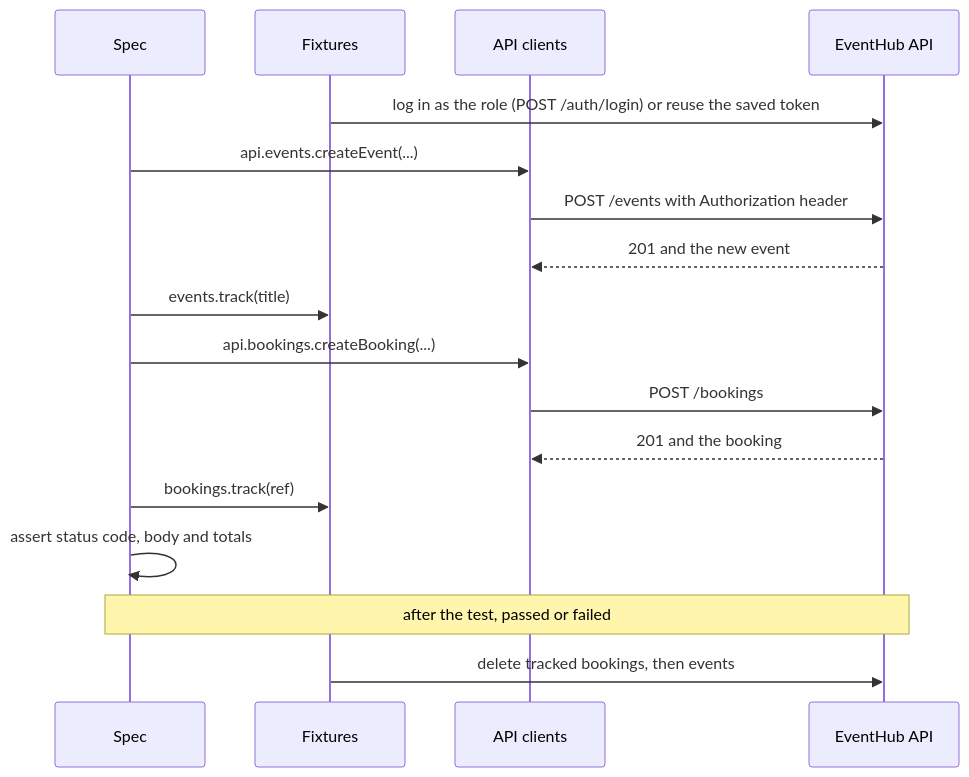
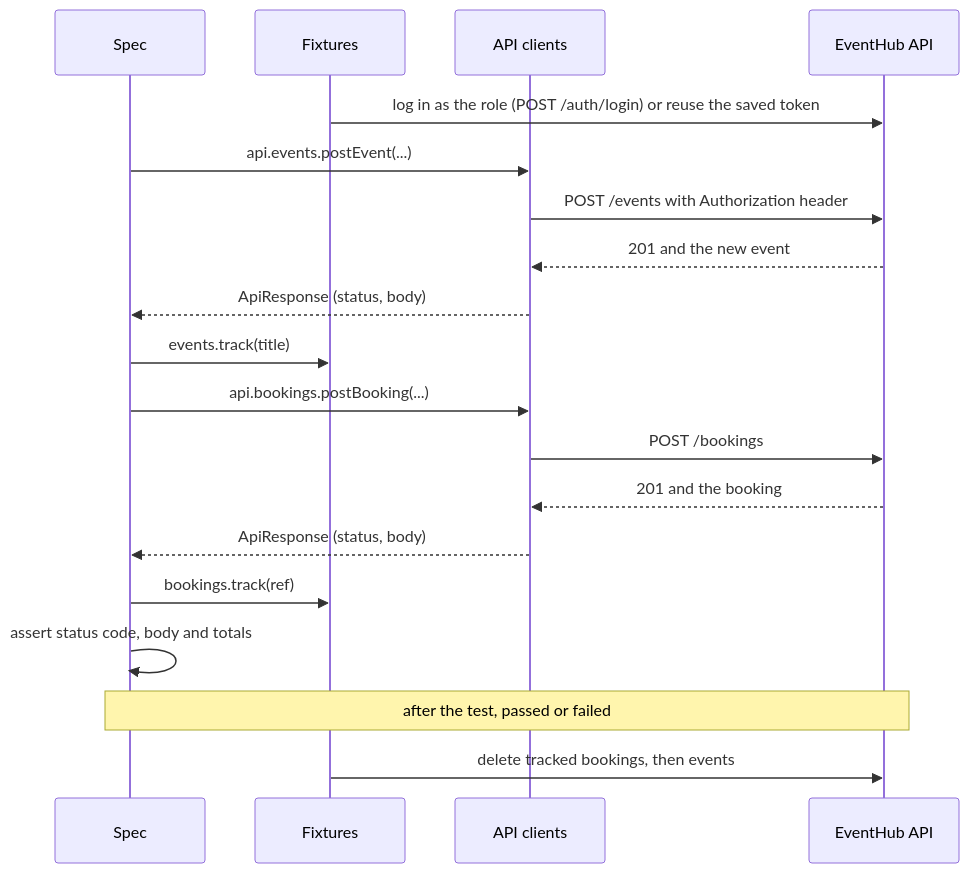
Before and after one commit to habibaelbehairy/eventhub-qa-automation: the second of 3 diagrams in README.md, drawn with Mermaid. The commit also changed other lines of this file and 10 other files, not shown here.

First line of the commit message:
feat: update API test cases for bookings, cancellations, and edge cases

````diff
--- a/README.md
+++ b/README.md
@@ -340,19 +313,21 @@
 ```mermaid
 sequenceDiagram
   participant S as Spec
   participant F as Fixtures
   participant C as API clients
   participant A as EventHub API
   F->>A: log in as the role (POST /auth/login) or reuse the saved token
-  S->>C: api.events.createEvent(...)
+  S->>C: api.events.postEvent(...)
   C->>A: POST /events with Authorization header
   A-->>C: 201 and the new event
+  C-->>S: ApiResponse (status, body)
   S->>F: events.track(title)
-  S->>C: api.bookings.createBooking(...)
+  S->>C: api.bookings.postBooking(...)
   C->>A: POST /bookings
   A-->>C: 201 and the booking
+  C-->>S: ApiResponse (status, body)
   S->>F: bookings.track(ref)
   S->>S: assert status code, body and totals
   Note over S,A: after the test, passed or failed
   F->>A: delete tracked bookings, then events
 ```
````
